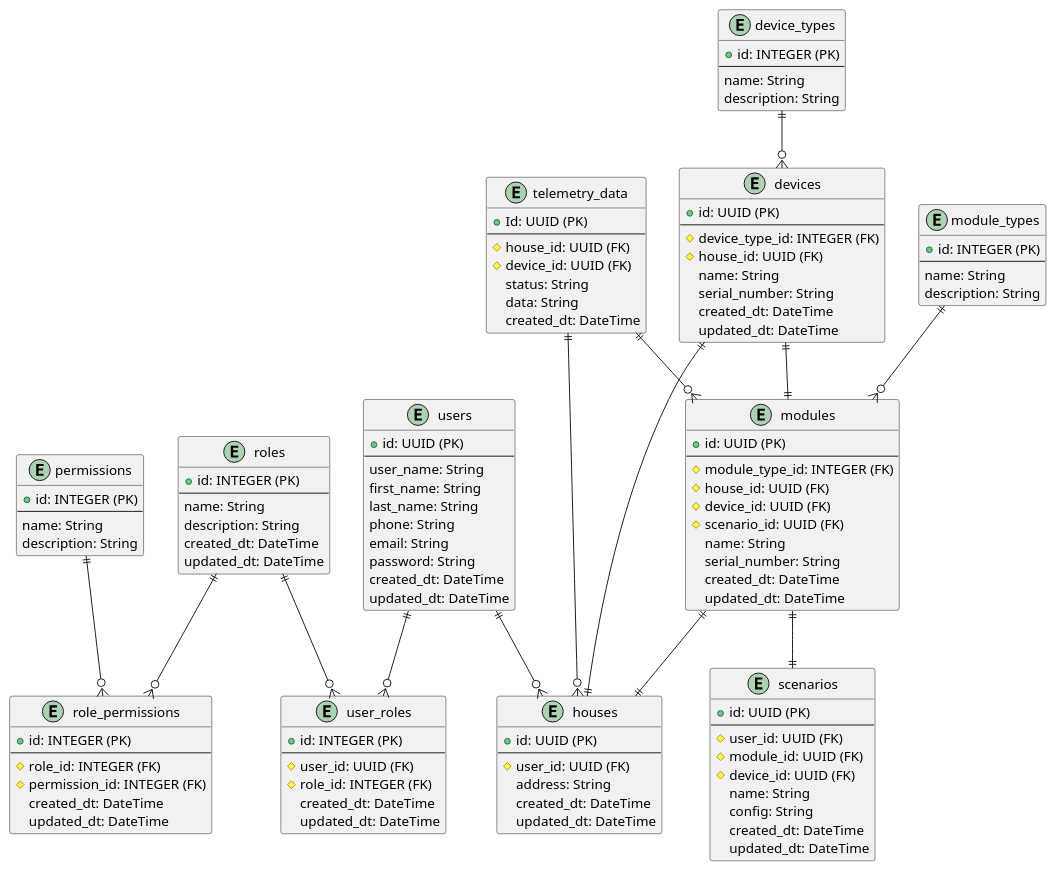
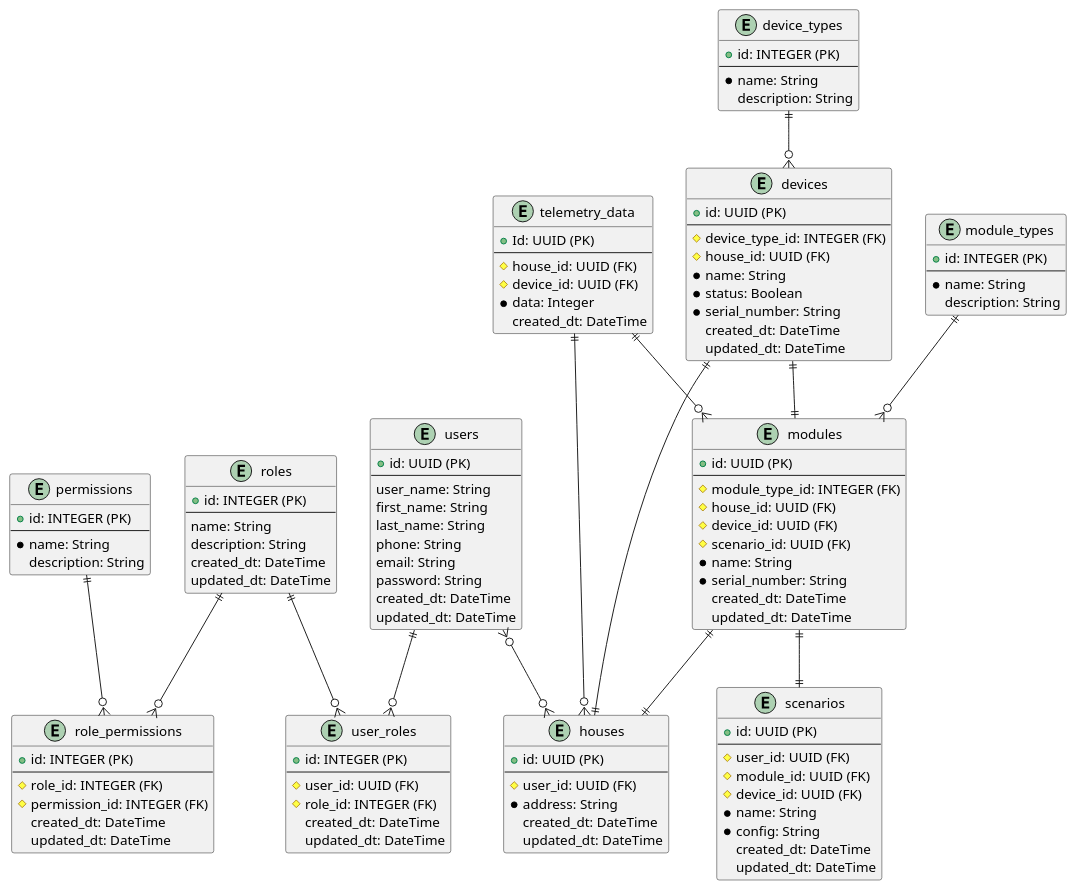
Before and after one commit to wiky-avis/architecture-sprint-3: the diagram in docs/diagrams/to_be/SmartHome_ER.puml, drawn with PlantUML. The commit also changed 11 other files, not shown here.

```diff
--- a/docs/diagrams/to_be/SmartHome_ER.puml
+++ b/docs/diagrams/to_be/SmartHome_ER.puml
@@ -1,132 +1,132 @@
 @startuml
 entity users {
   + id: UUID (PK)
   --
   user_name: String
   first_name: String
   last_name: String
   phone: String
   email: String
   password: String
   created_dt: DateTime
   updated_dt: DateTime
 }
 
 entity roles {
   + id: INTEGER (PK)
   --
   name: String
   description: String
   created_dt: DateTime
   updated_dt: DateTime
 }
 
 entity user_roles {
   + id: INTEGER (PK)
   --
   # user_id: UUID (FK)
   # role_id: INTEGER (FK)
   created_dt: DateTime
   updated_dt: DateTime
 }
 
 entity permissions {
   + id: INTEGER (PK)
   --
-  name: String
+  * name: String
   description: String
 }
 
 entity role_permissions {
   + id: INTEGER (PK)
   --
   # role_id: INTEGER (FK)
   # permission_id: INTEGER (FK)
   created_dt: DateTime
   updated_dt: DateTime
 }
 
 entity houses {
   + id: UUID (PK)
   --
   # user_id: UUID (FK)
-  address: String
+  * address: String
   created_dt: DateTime
   updated_dt: DateTime
 }
 
 entity modules {
   + id: UUID (PK)
   --
   # module_type_id: INTEGER (FK)
   # house_id: UUID (FK)
   # device_id: UUID (FK)
   # scenario_id: UUID (FK)
-  name: String
-  serial_number: String
+  * name: String
+  * serial_number: String
   created_dt: DateTime
   updated_dt: DateTime
 }
 
 entity module_types {
   + id: INTEGER (PK)
   --
-  name: String
+  * name: String
   description: String
 }
 
 entity devices {
   + id: UUID (PK)
   --
   # device_type_id: INTEGER (FK)
   # house_id: UUID (FK)
-  name: String
-  serial_number: String
+  * name: String
+  * status: Boolean
+  * serial_number: String
   created_dt: DateTime
   updated_dt: DateTime
 }
 
 entity device_types {
   + id: INTEGER (PK)
   --
-  name: String
+  * name: String
   description: String
 }
 
 entity telemetry_data {
   + Id: UUID (PK)
   --
   # house_id: UUID (FK)
   # device_id: UUID (FK)
-  status: String
-  data: String
+  * data: Integer
   created_dt: DateTime
 }
 
 entity scenarios {
   + id: UUID (PK)
   --
   # user_id: UUID (FK)
   # module_id: UUID (FK)
   # device_id: UUID (FK)
-  name: String
-  config: String
+  * name: String
+  * config: String
   created_dt: DateTime
   updated_dt: DateTime
 }
 
 users ||--o{ user_roles
 roles ||--o{ user_roles
 roles ||--o{ role_permissions
 permissions ||--o{ role_permissions
-users ||--o{ houses
+users }o--o{ houses
 module_types ||--o{ modules
 modules ||--|| houses
 device_types ||--o{ devices
 devices ||--|| modules
 devices ||--|| houses
 telemetry_data ||--o{ modules
 telemetry_data ||--o{ houses
 modules ||--|| scenarios
 
 @enduml
```
